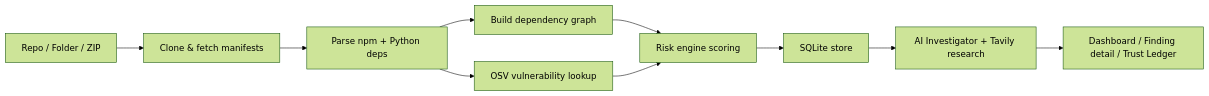
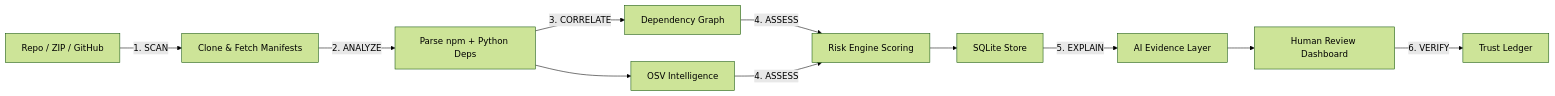
One commit to cybermajeed/AtomChain changed the first of 2 diagrams in README.md. Above: the diagram before and after it, drawn with Mermaid (forest theme). The commit also changed other lines of this file, not shown here.

````diff
--- a/README.md
+++ b/README.md
@@ -43,11 +45,12 @@
 ```mermaid
 flowchart LR
-    A[Repo / Folder / ZIP] --> B[Clone & fetch manifests]
-    B --> C[Parse npm + Python deps]
-    C --> D[Build dependency graph]
-    C --> E[OSV vulnerability lookup]
-    D & E --> F[Risk engine scoring]
-    F --> G[SQLite store]
-    G --> H[AI Investigator + Tavily research]
-    H --> I[Dashboard / Finding detail / Trust Ledger]
+    A[Repo / ZIP / GitHub] -->|1. SCAN| B[Clone & Fetch Manifests]
+    B -->|2. ANALYZE| C[Parse npm + Python Deps]
+    C -->|3. CORRELATE| D[Dependency Graph]
+    C --> E[OSV Intelligence]
+    D & E -->|4. ASSESS| F[Risk Engine Scoring]
+    F --> G[SQLite Store]
+    G -->|5. EXPLAIN| H[AI Evidence Layer]
+    H --> I[Human Review Dashboard]
+    I -->|6. VERIFY| J[Trust Ledger]
 ```
````
